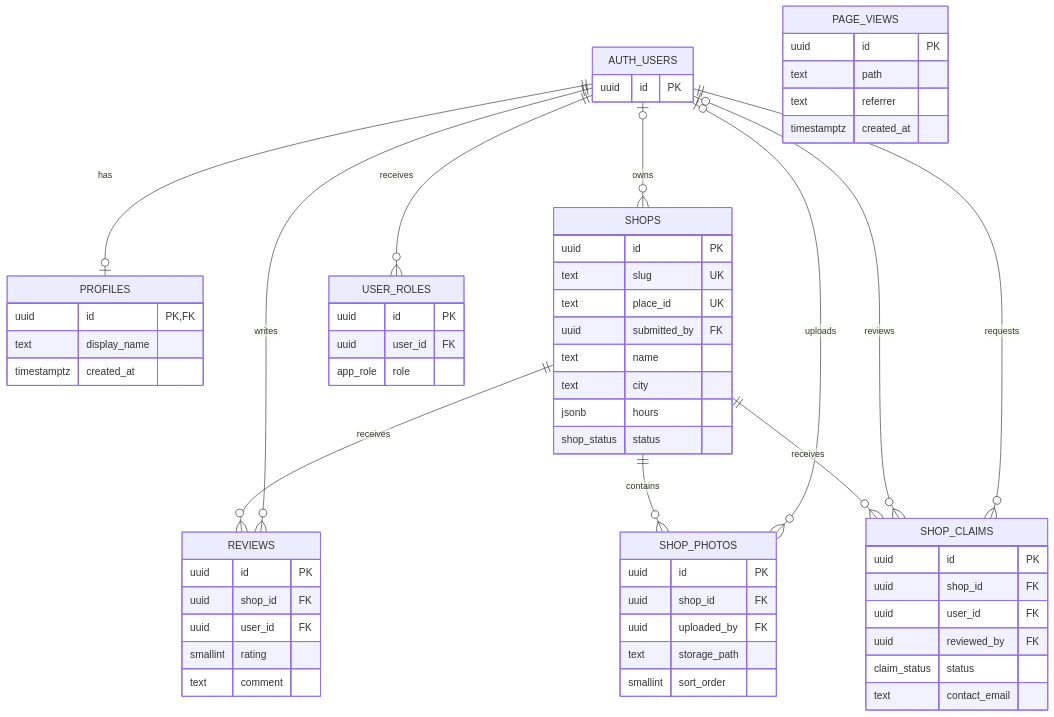
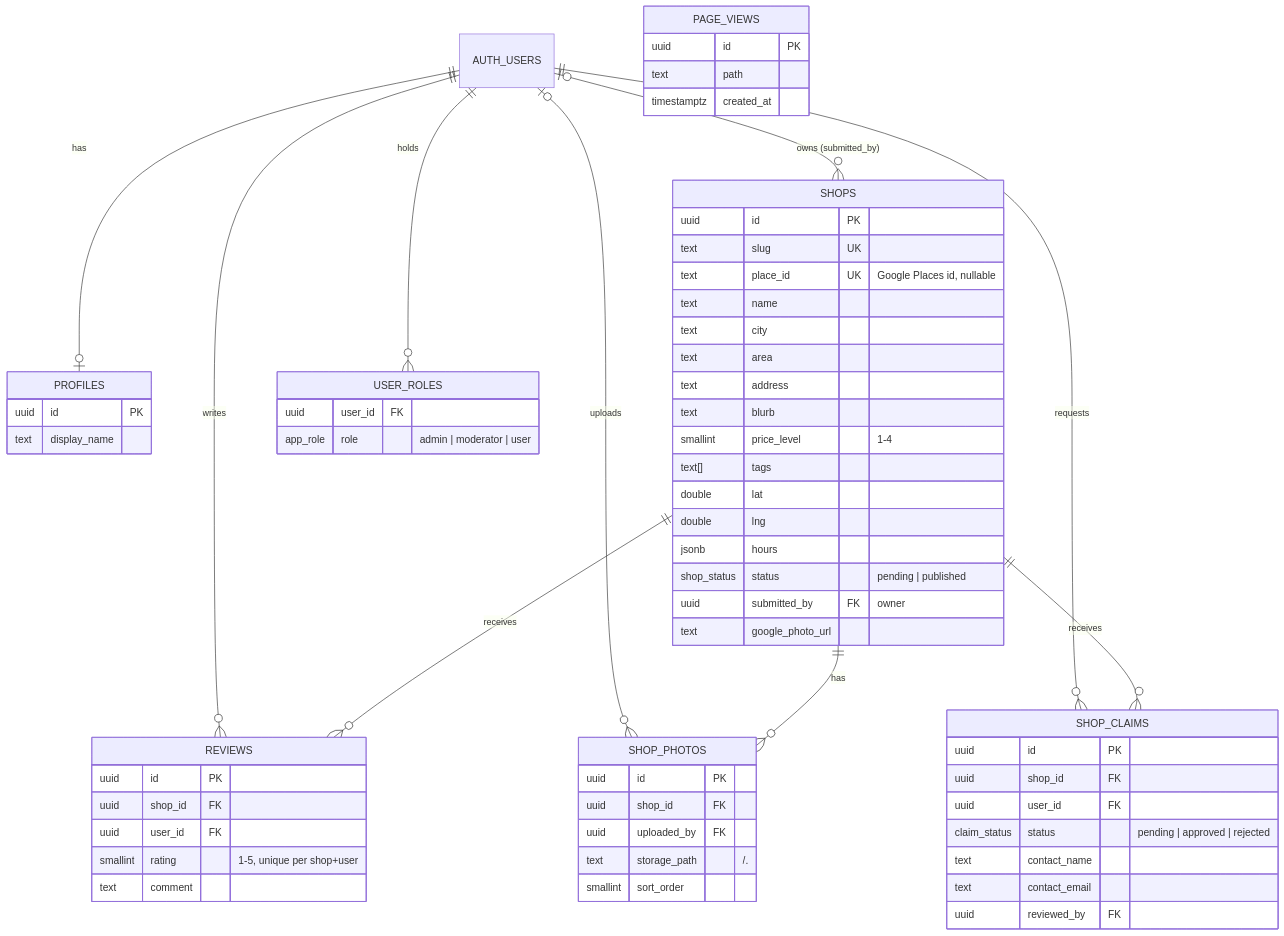
The second of 2 diagrams in README.md (aikanii/kape-norte-cdoiligan), drawn with Mermaid before and after one commit. The commit also changed other lines of this file, not shown here.

````diff
--- a/README.md
+++ b/README.md
@@ -265,65 +332,67 @@
 ```mermaid
 erDiagram
-    AUTH_USERS ||--o| PROFILES : has
-    AUTH_USERS o|--o{ SHOPS : owns
-    AUTH_USERS ||--o{ REVIEWS : writes
-    AUTH_USERS o|--o{ SHOP_PHOTOS : uploads
-    AUTH_USERS ||--o{ USER_ROLES : receives
-    AUTH_USERS ||--o{ SHOP_CLAIMS : requests
-    AUTH_USERS o|--o{ SHOP_CLAIMS : reviews
-    SHOPS ||--o{ REVIEWS : receives
-    SHOPS ||--o{ SHOP_PHOTOS : contains
-    SHOPS ||--o{ SHOP_CLAIMS : receives
+    AUTH_USERS ||--o| PROFILES : "has"
+    AUTH_USERS o|--o{ SHOPS : "owns (submitted_by)"
+    AUTH_USERS ||--o{ REVIEWS : "writes"
+    AUTH_USERS o|--o{ SHOP_PHOTOS : "uploads"
+    AUTH_USERS ||--o{ USER_ROLES : "holds"
+    AUTH_USERS ||--o{ SHOP_CLAIMS : "requests"
+    SHOPS ||--o{ REVIEWS : "receives"
+    SHOPS ||--o{ SHOP_PHOTOS : "has"
+    SHOPS ||--o{ SHOP_CLAIMS : "receives"
 
-    AUTH_USERS {
-        uuid id PK
-    }
-    PROFILES {
-        uuid id PK,FK
-        text display_name
-        timestamptz created_at
-    }
     SHOPS {
         uuid id PK
         text slug UK
-        text place_id UK
-        uuid submitted_by FK
+        text place_id UK "Google Places id, nullable"
         text name
         text city
+        text area
+        text address
+        text blurb
+        smallint price_level "1-4"
+        text[] tags
+        double lat
+        double lng
         jsonb hours
-        shop_status status
+        shop_status status "pending | published"
+        uuid submitted_by FK "owner"
+        text google_photo_url
     }
     REVIEWS {
         uuid id PK
         uuid shop_id FK
         uuid user_id FK
-        smallint rating
+        smallint rating "1-5, unique per shop+user"
         text comment
     }
     SHOP_PHOTOS {
         uuid id PK
         uuid shop_id FK
         uuid uploaded_by FK
-        text storage_path
+        text storage_path "<user-id>/<uuid>.<ext>"
         smallint sort_order
-    }
-    USER_ROLES {
-        uuid id PK
-        uuid user_id FK
-        app_role role
     }
     SHOP_CLAIMS {
         uuid id PK
         uuid shop_id FK
         uuid user_id FK
+        claim_status status "pending | approved | rejected"
+        text contact_name
+        text contact_email
         uuid reviewed_by FK
-        claim_status status
-        text contact_email
+    }
+    USER_ROLES {
+        uuid user_id FK
+        app_role role "admin | moderator | user"
+    }
+    PROFILES {
+        uuid id PK
+        text display_name
     }
     PAGE_VIEWS {
         uuid id PK
         text path
-        text referrer
         timestamptz created_at
     }
 ```
````
